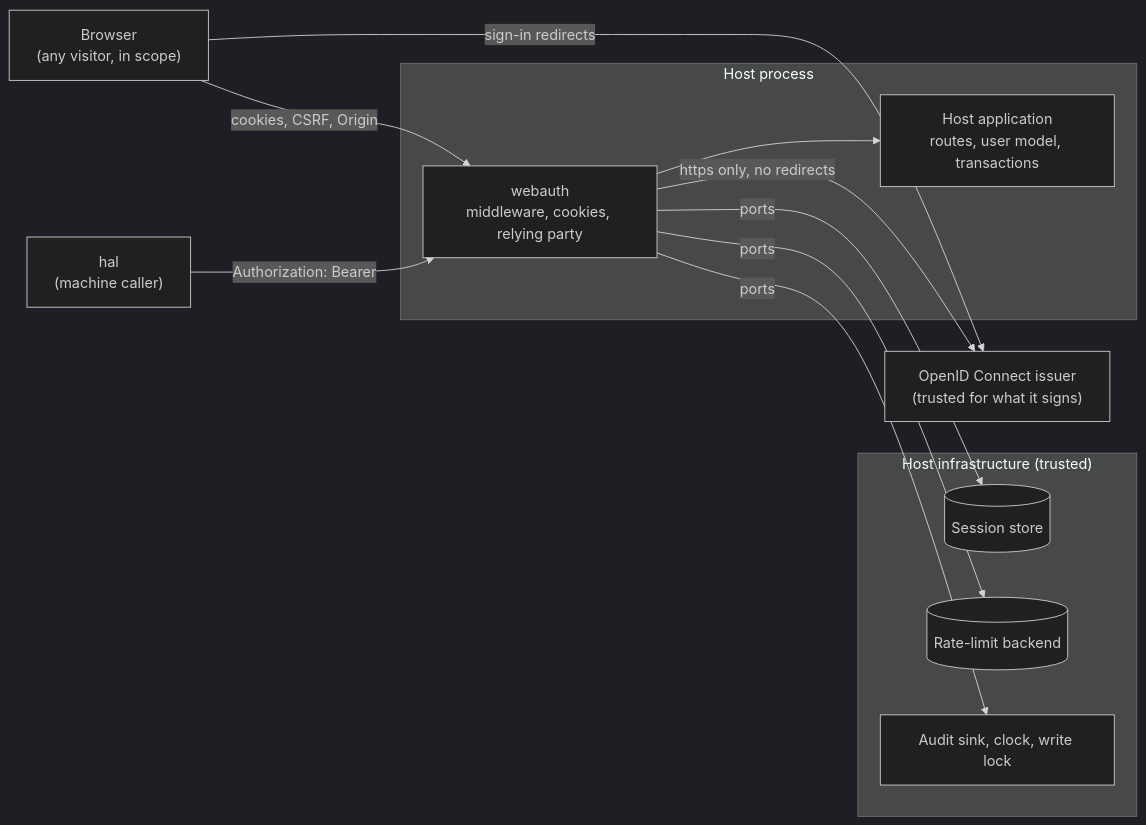
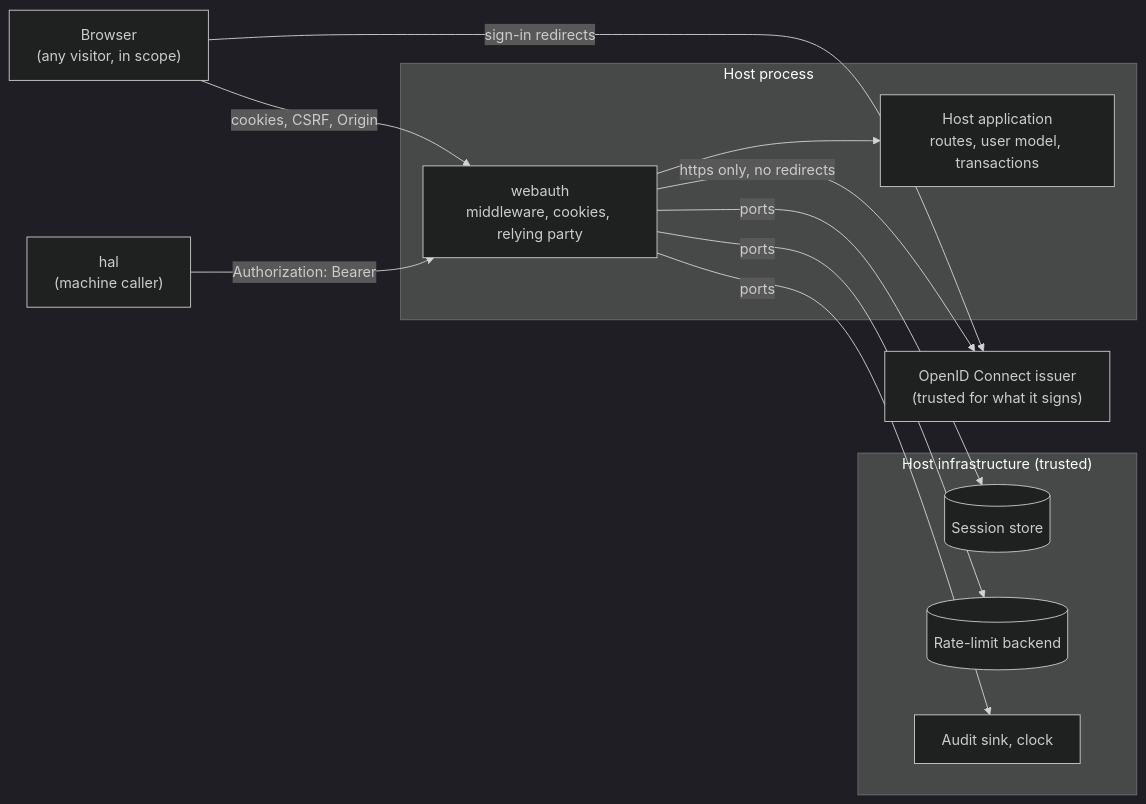
One commit to overnightworks/webauth changed the first of 2 diagrams in docs/ARCHITECTURE.md. Above: the diagram before and after it, drawn with Mermaid (dark theme). The commit also changed other lines of this file and 3 other files, not shown here.

````diff
--- a/docs/ARCHITECTURE.md
+++ b/docs/ARCHITECTURE.md
@@ -7,16 +7,16 @@
 ```mermaid
 flowchart LR
     subgraph process["Host process"]
         lib["webauth<br/>middleware, cookies, relying party"] --> host["Host application<br/>routes, user model, transactions"]
     end
     subgraph stores["Host infrastructure (trusted)"]
         sessions[("Session store")]
         limits[("Rate-limit backend")]
-        audit["Audit sink, clock, write lock"]
+        audit["Audit sink, clock"]
     end
     browser["Browser<br/>(any visitor, in scope)"] -- "cookies, CSRF, Origin" --> lib
     hal["hal<br/>(machine caller)"] -- "Authorization: Bearer" --> lib
     lib -- "https only, no redirects" --> issuer["OpenID Connect issuer<br/>(trusted for what it signs)"]
     browser -- "sign-in redirects" --> issuer
     lib -- "ports" --> sessions & limits & audit
 ```
````
